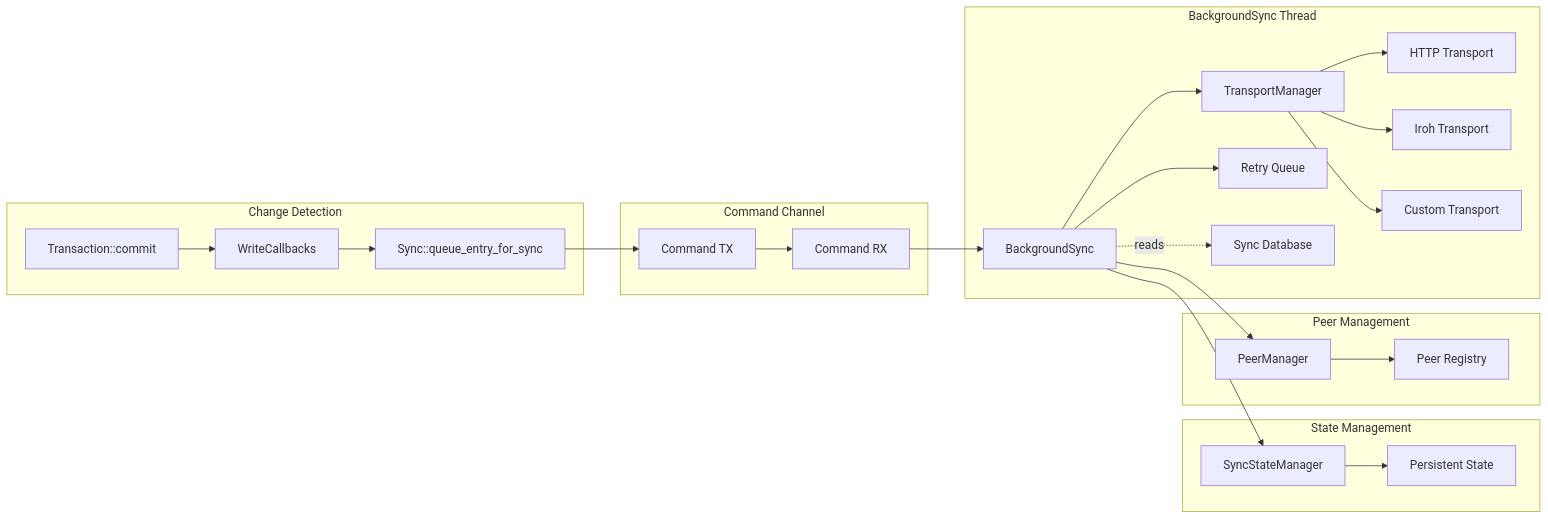
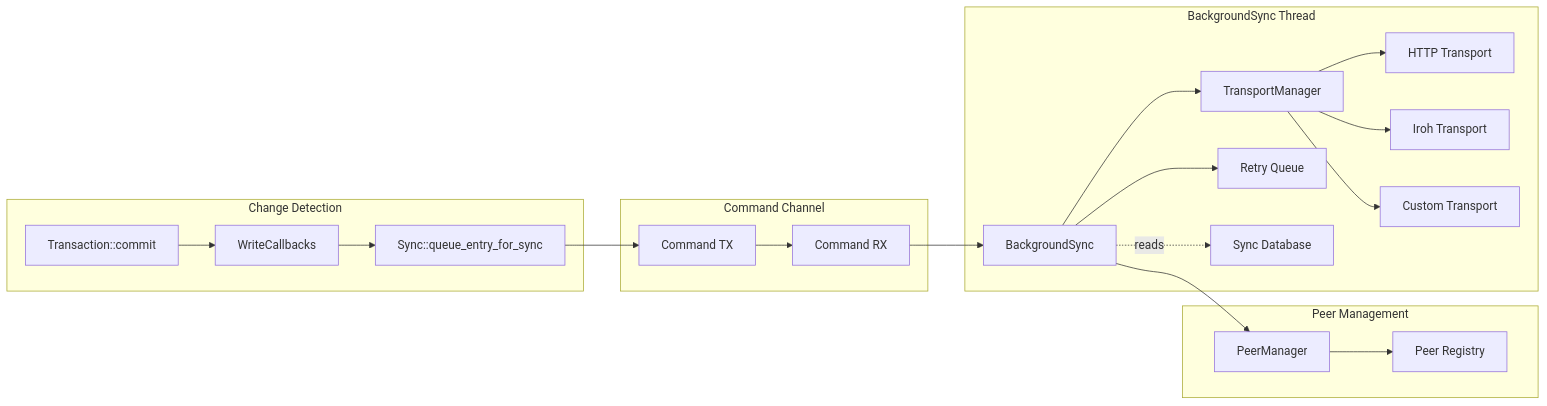
One commit to arcuru/eidetica changed the diagram in docs/src/design/synchronization.md. Above: the diagram before and after it, drawn with Mermaid. The commit also changed other lines of this file and 3 other files, not shown here.

````diff
--- a/docs/src/design/synchronization.md
+++ b/docs/src/design/synchronization.md
@@ -353,32 +350,27 @@
 ```mermaid
 graph LR
     subgraph "Change Detection"
         A[Transaction::commit] --> B[WriteCallbacks]
         B --> C[Sync::queue_entry_for_sync]
     end
 
     subgraph "Command Channel"
         C --> D[Command TX]
         D --> E[Command RX]
     end
 
     subgraph "BackgroundSync Thread"
         E --> F[BackgroundSync]
         F --> TM[TransportManager]
         TM --> H1[HTTP Transport]
         TM --> H2[Iroh Transport]
         TM --> H3[Custom Transport]
         F --> I[Retry Queue]
         F -.->|reads| ST[Sync Database]
     end
 
-    subgraph "State Management"
-        K[SyncStateManager] --> L[Persistent State]
-        F --> K
-    end
-
     subgraph "Peer Management"
         M[PeerManager] --> N[Peer Registry]
         F --> M
     end
 ```
````
